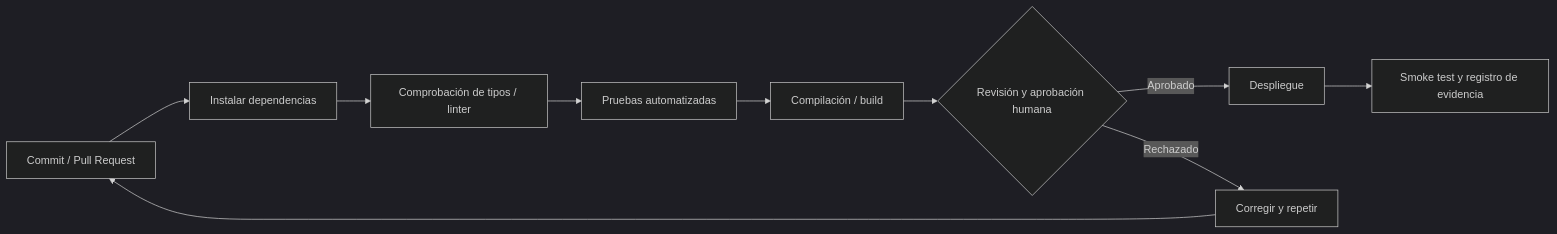
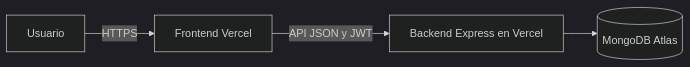
Before and after one commit to flowxter/tech-track: the diagram in docs/08-despliegue.md, drawn with Mermaid (dark theme). The commit also changed other lines of this file and 26 other files, not shown here.

````diff
--- a/docs/08-despliegue.md
+++ b/docs/08-despliegue.md
@@ -71,12 +14,6 @@
 ```mermaid
 flowchart LR
-    C[Commit / Pull Request] --> I[Instalar dependencias]
-    I --> L[Comprobación de tipos / linter]
-    L --> T[Pruebas automatizadas]
-    T --> B[Compilación / build]
-    B --> H{Revisión y aprobación humana}
-    H -->|Aprobado| D[Despliegue]
-    H -->|Rechazado| F[Corregir y repetir]
-    F --> C
-    D --> S[Smoke test y registro de evidencia]
+    U[Usuario] -->|HTTPS| F[Frontend Vercel]
+    F -->|API JSON y JWT| B[Backend Express en Vercel]
+    B --> DB[(MongoDB Atlas)]
 ```
````
